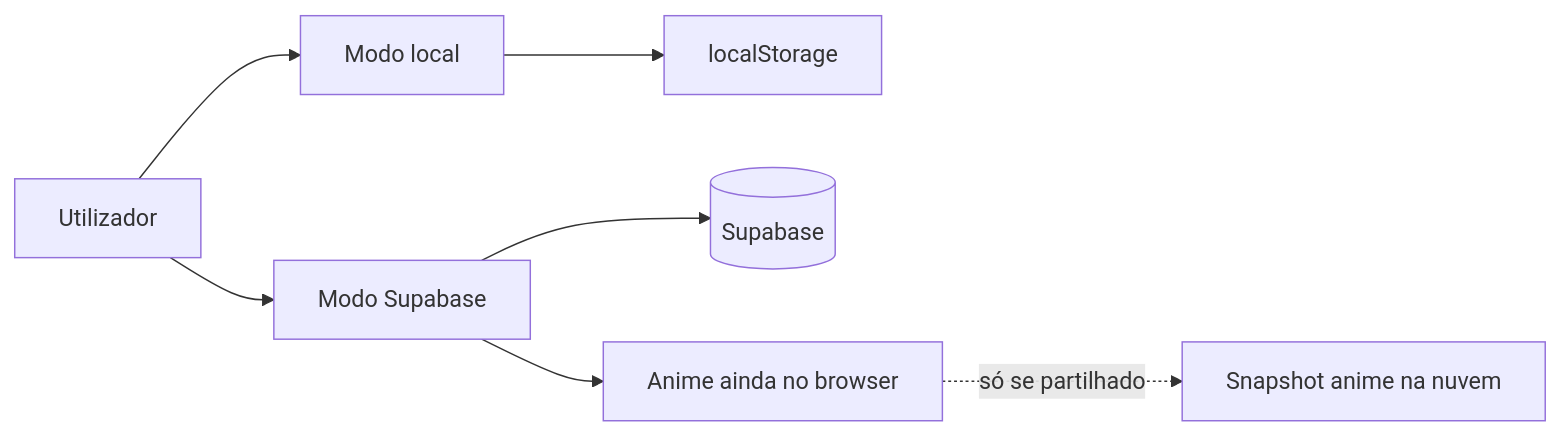
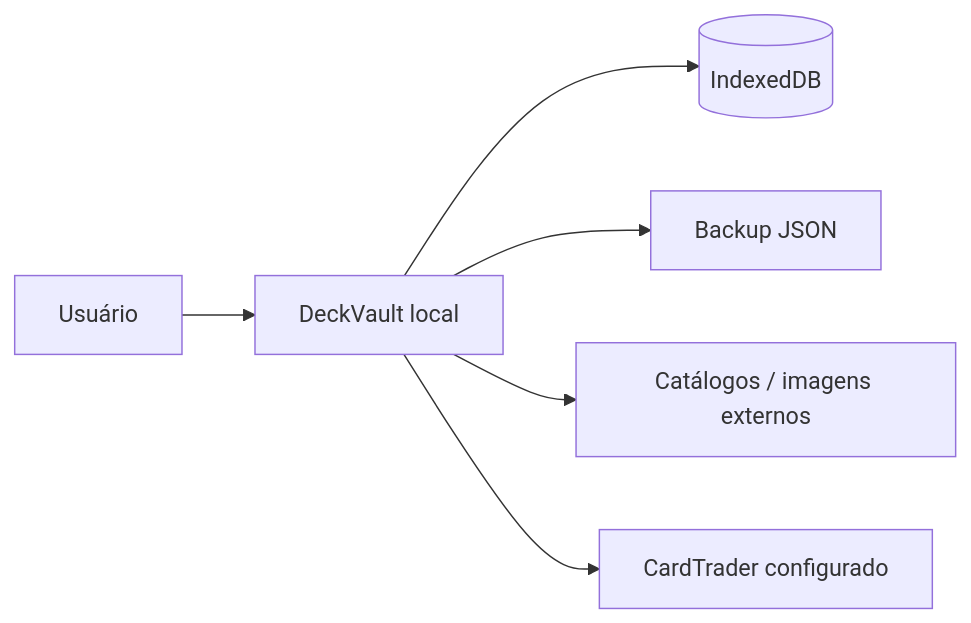
Before and after one commit to Yuyaexe/DeckVault: the diagram in docs/planejamento/MVP.md, drawn with Mermaid. The commit also changed other lines of this file and 81 other files, not shown here.

First line of the commit message:
Remove legacy Supabase, auth and cloud code

````diff
--- a/docs/planejamento/MVP.md
+++ b/docs/planejamento/MVP.md
@@ -65,9 +19,8 @@
 ```mermaid
 flowchart LR
-  User[Utilizador] --> Local[Modo local]
-  User --> Cloud[Modo Supabase]
-  Local --> LS[localStorage]
-  Cloud --> SB[(Supabase)]
-  Cloud --> AnimeLocal[Anime ainda no browser]
-  AnimeLocal -.->|só se partilhado| AnimeSnap[Snapshot anime na nuvem]
+  User[Usuário] --> App[DeckVault local]
+  App --> IDB[(IndexedDB)]
+  App --> Backup[Backup JSON]
+  App --> Catalog[Catálogos / imagens externos]
+  App --> CT[CardTrader configurado]
 ```
````
